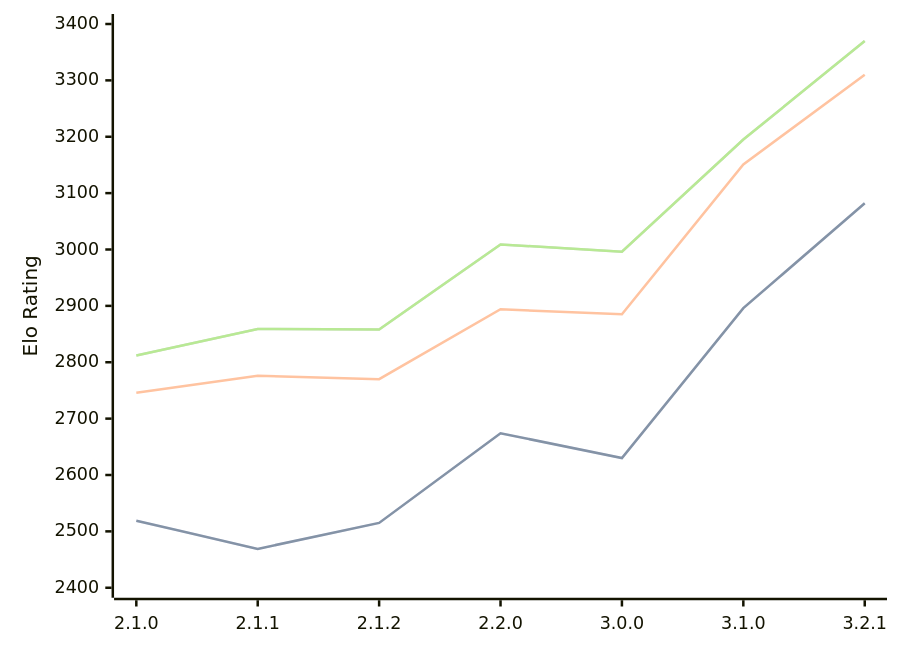
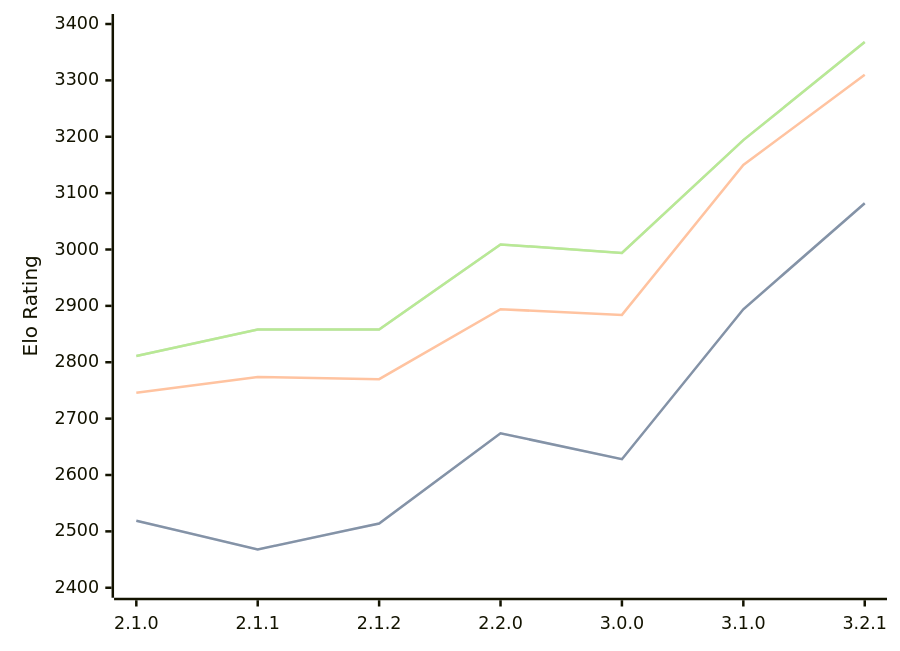
One commit to computer-chess-index/cci changed the third of 3 diagrams in engines/Prune.md. Above: the diagram before and after it, drawn with Mermaid. The commit also changed other lines of this file, not shown here.

Commit message:
Update CCI Ratings (ELO VLTC) - 2026-06-27

````diff
--- a/engines/Prune.md
+++ b/engines/Prune.md
@@ -75,11 +75,11 @@
 ```mermaid
 %%{init: {"theme":"base","themeVariables":{"seriesColors:['#a3a3a3','#222221','#faa371']}}}%%
 xychart-beta
   x-axis ["2.1.0", "2.1.1", "2.1.2", "2.2.0", "3.0.0", "3.1.0", "3.2.1"]
   y-axis "Elo Rating" 2400 --> 3400
-  line "STC (8.0+0.08s)" [2519, 2469, 2515, 2674, 2630, 2896, 3082]
-  line "STC (8.0+0.08s)" [2519, 2469, 2515, 2674, 2630, 2896, 3082]
-  line "LTC (60.0+0.60s)" [2746, 2776, 2770, 2894, 2885, 3151, 3310]
-  line "VLTC (2m24s+1.12s)" [2812, 2859, 2858, 3009, 2996, 3195, 3370]
-  line "VLTC (2m24s+1.12s)" [2812, 2859, 2858, 3009, 2996, 3195, 3370]
+  line "STC (8.0+0.08s)" [2519, 2468, 2514, 2674, 2628, 2894, 3082]
+  line "STC (8.0+0.08s)" [2519, 2468, 2514, 2674, 2628, 2894, 3082]
+  line "LTC (60.0+0.60s)" [2746, 2774, 2770, 2894, 2884, 3150, 3310]
+  line "VLTC (2m24s+1.12s)" [2811, 2858, 2858, 3009, 2994, 3194, 3368]
+  line "VLTC (2m24s+1.12s)" [2811, 2858, 2858, 3009, 2994, 3194, 3368]
 ```
````
